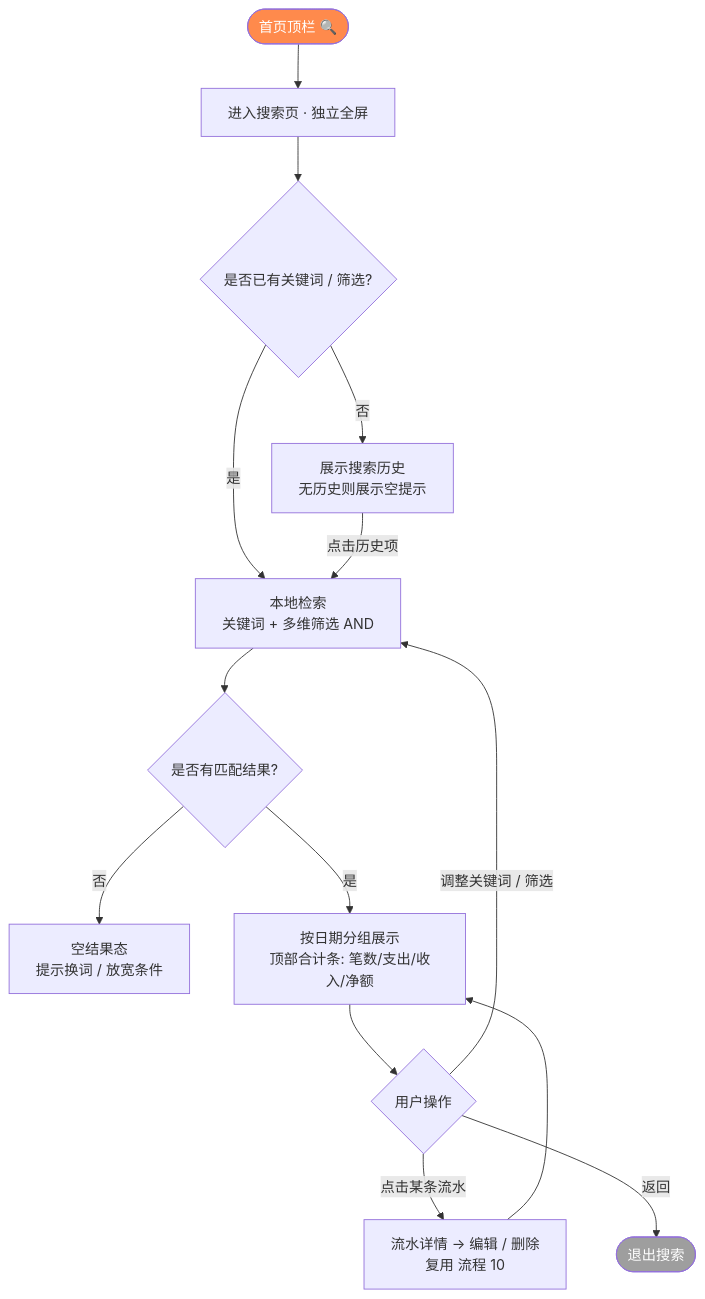
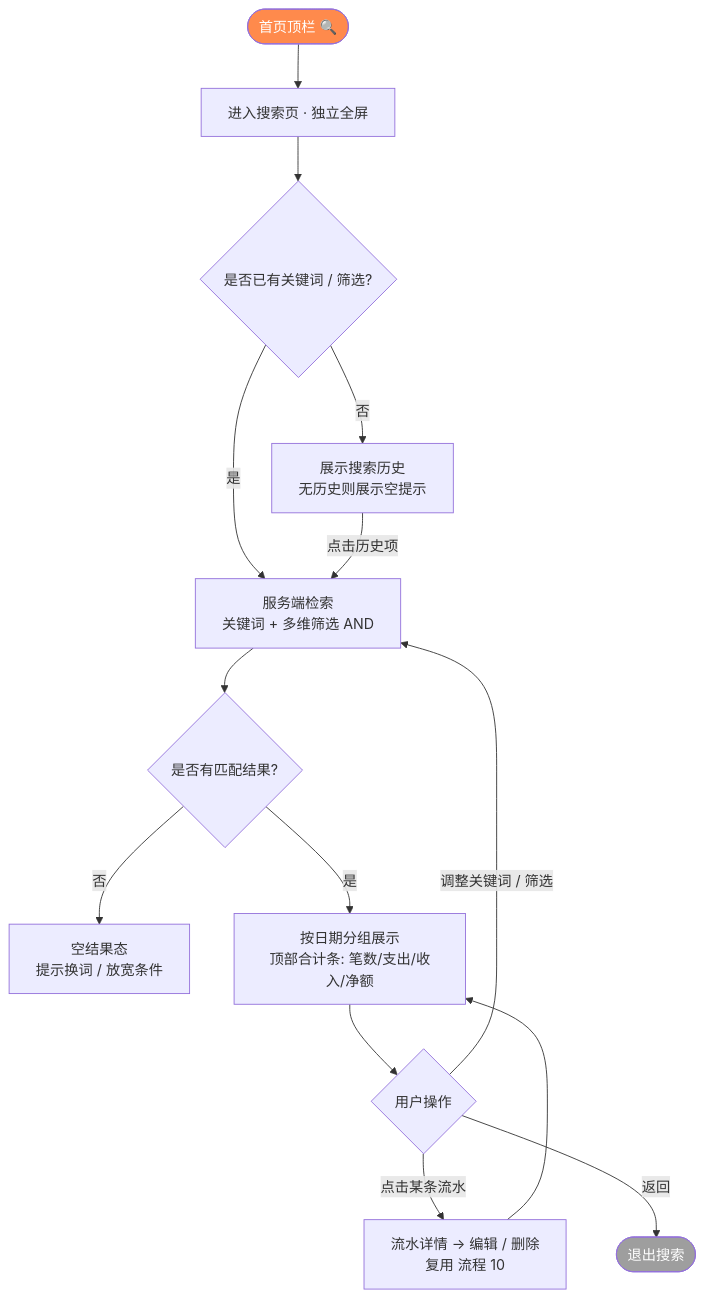
Before and after one commit to raochen0000/HomeBook: diagram 15 of 16 in docs/PRD.md, drawn with Mermaid. The commit also changed other lines of this file and 10 other files, not shown here.

````diff
--- a/docs/PRD.md
+++ b/docs/PRD.md
@@ -1526,19 +1530,19 @@
 ```mermaid
 flowchart TD
     A([首页顶栏 🔍]) --> B[进入搜索页 · 独立全屏]
     B --> C{是否已有关键词 / 筛选?}
     C -- 否 --> C1[展示搜索历史<br/>无历史则展示空提示]
-    C -- 是 --> D[本地检索<br/>关键词 + 多维筛选 AND]
+    C -- 是 --> D[服务端检索<br/>关键词 + 多维筛选 AND]
     C1 -- 点击历史项 --> D
     D --> E{是否有匹配结果?}
     E -- 否 --> E1[空结果态<br/>提示换词 / 放宽条件]
     E -- 是 --> F[按日期分组展示<br/>顶部合计条: 笔数/支出/收入/净额]
     F --> G{用户操作}
     G -- 调整关键词 / 筛选 --> D
     G -- 点击某条流水 --> H[流水详情 → 编辑 / 删除<br/>复用 流程 10]
     G -- 返回 --> Z([退出搜索])
     H --> F
 
     style A fill:#FF8A4C,color:#fff
     style Z fill:#9E9E9E,color:#fff
 ```
````
